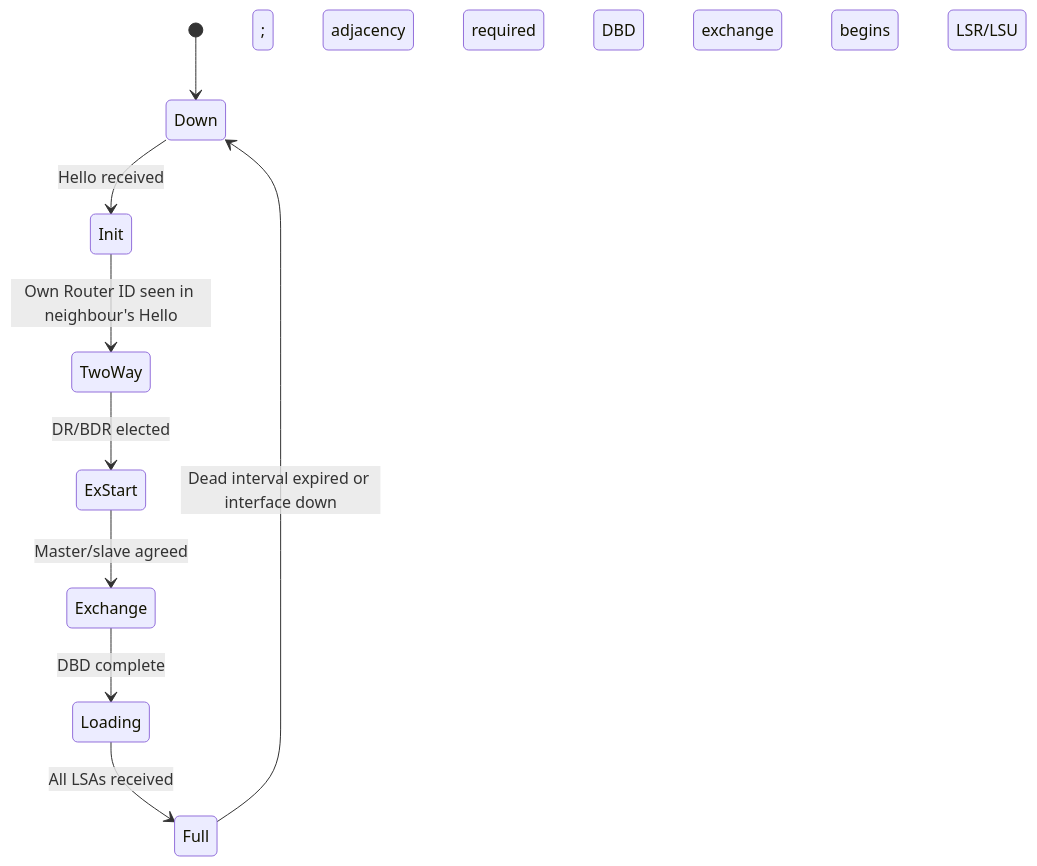
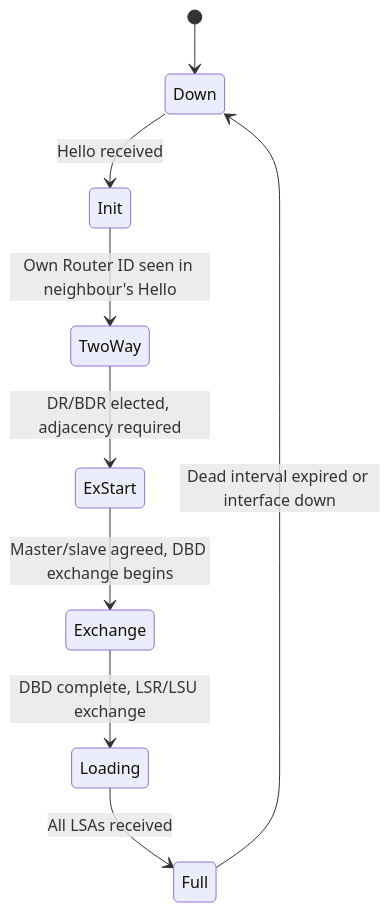
The third of 3 diagrams in docs/routing/ospf.md (neil-booker-cko/docs), drawn with Mermaid before and after one commit.

Commit message:
Changed something...

````diff
--- a/docs/routing/ospf.md
+++ b/docs/routing/ospf.md
@@ -123,11 +123,11 @@
 ```mermaid
 stateDiagram-v2
     [*] --> Down
     Down --> Init : Hello received
     Init --> TwoWay : Own Router ID seen in neighbour's Hello
-    TwoWay --> ExStart : DR/BDR elected; adjacency required
-    ExStart --> Exchange : Master/slave agreed; DBD exchange begins
-    Exchange --> Loading : DBD complete; LSR/LSU exchange
+    TwoWay --> ExStart : DR/BDR elected, adjacency required
+    ExStart --> Exchange : Master/slave agreed, DBD exchange begins
+    Exchange --> Loading : DBD complete, LSR/LSU exchange
     Loading --> Full : All LSAs received
     Full --> Down : Dead interval expired or interface down
 ```
````
